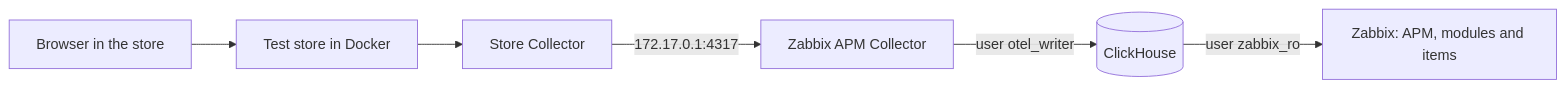
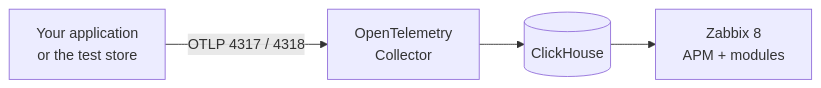
Before and after one commit to SimonLexRS/zabbix-apm-dashboard: the diagram in docs/ubuntu-step-by-step.md, drawn with Mermaid. The commit also changed other lines of this file and 15 other files, not shown here.

````diff
--- a/docs/ubuntu-step-by-step.md
+++ b/docs/ubuntu-step-by-step.md
@@ -11,8 +7,6 @@
 ```mermaid
 flowchart LR
-    W["Browser in the store"] --> S["Test store in Docker"]
-    S --> DC["Store Collector"]
-    DC -->|"172.17.0.1:4317"| C["Zabbix APM Collector"]
-    C -->|"user otel_writer"| H[("ClickHouse")]
-    H -->|"user zabbix_ro"| Z["Zabbix: APM, modules and items"]
+    A["Your application<br>or the test store"] -->|"OTLP 4317 / 4318"| C["OpenTelemetry<br>Collector"]
+    C --> H[("ClickHouse")]
+    H --> Z["Zabbix 8<br>APM + modules"]
 ```
````
